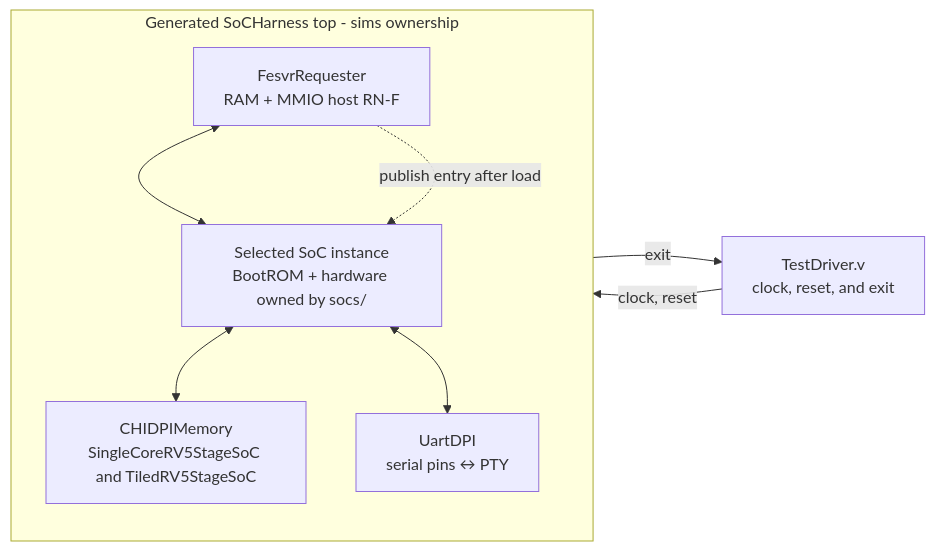
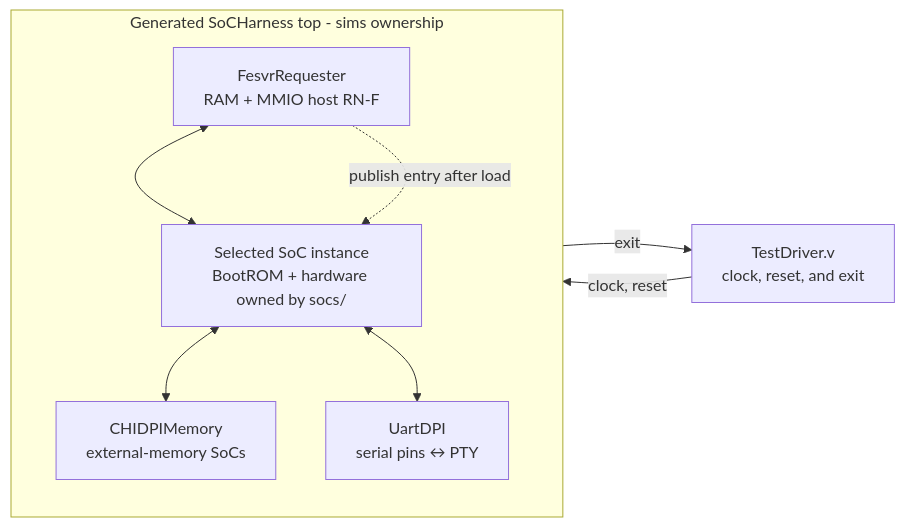
The diagram in sims/README.md (jerryz123/rhodium), drawn with Mermaid before and after one commit. The commit also changed other lines of this file and 121 other files, not shown here.

````diff
--- a/sims/README.md
+++ b/sims/README.md
@@ -31,19 +36,19 @@
 ```mermaid
 flowchart LR
   Driver["TestDriver.v<br/>clock, reset, and exit"]
 
   subgraph Harness["Generated SoCHarness top - sims ownership"]
     FESVR["FesvrRequester<br/>RAM + MMIO host RN-F"]
     SoC["Selected SoC instance<br/>BootROM + hardware owned by socs/"]
-    DPIMemory["CHIDPIMemory<br/>SingleCoreRV5StageSoC and TiledRV5StageSoC"]
+    DPIMemory["CHIDPIMemory<br/>external-memory SoCs"]
     UART["UartDPI<br/>serial pins ↔ PTY"]
 
     FESVR <--> SoC
     FESVR -.->|"publish entry after load"| SoC
     SoC <--> DPIMemory
     SoC <--> UART
   end
 
   Driver -->|"clock, reset"| Harness
   Harness -->|"exit"| Driver
 ```
````
